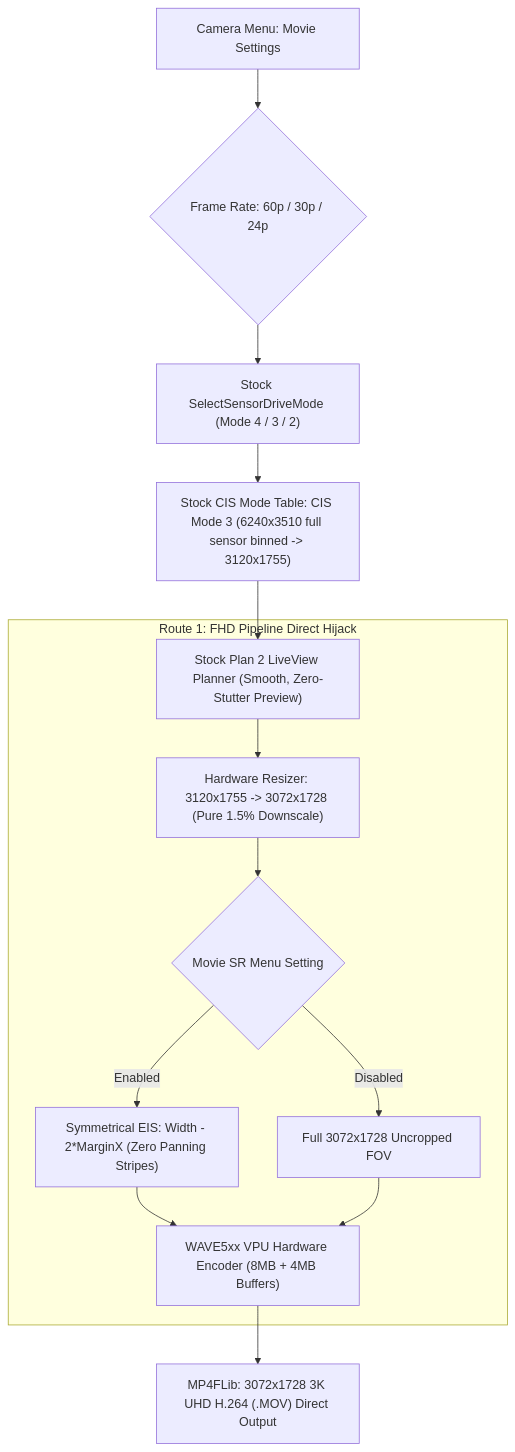
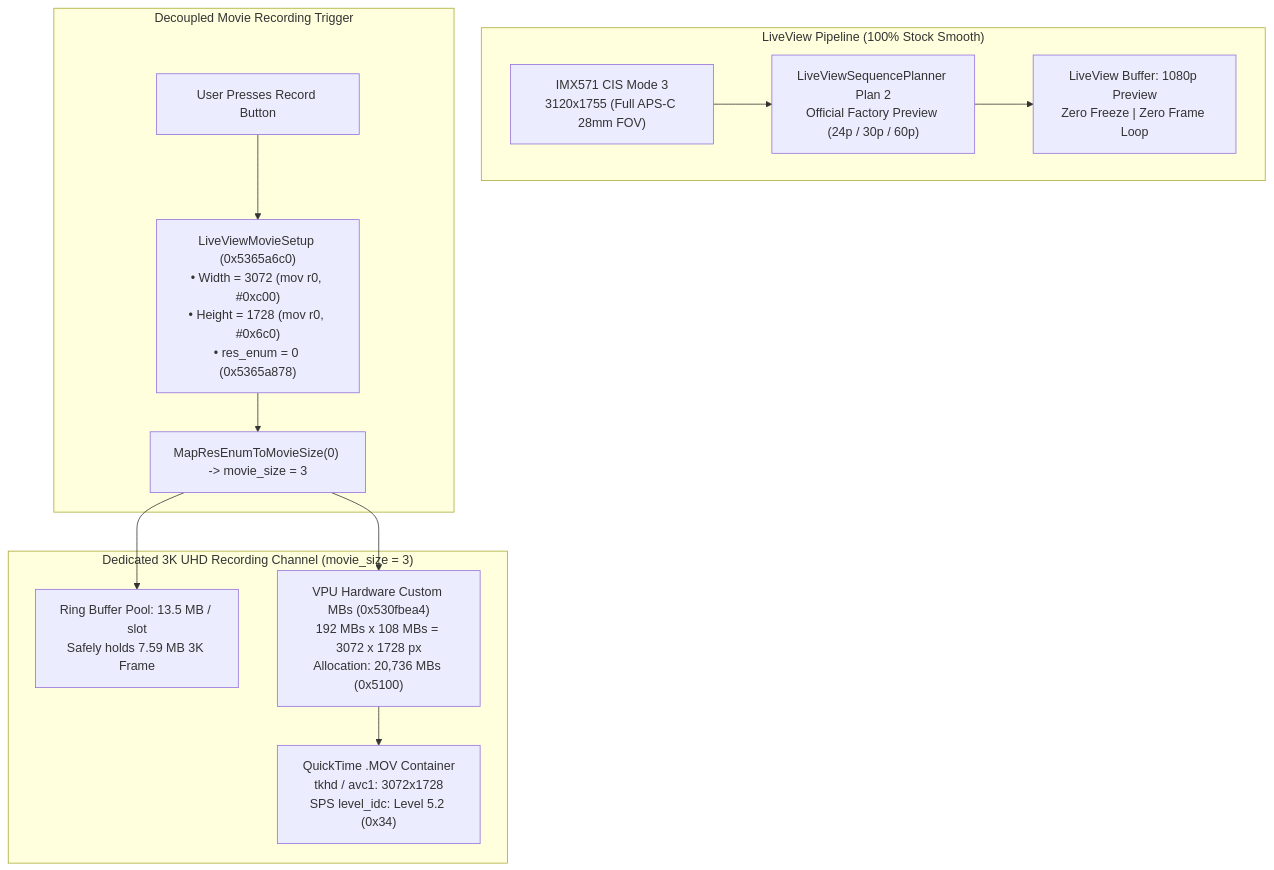
Before and after one commit to cqkking/ricoh-gr4-4k-mod: the diagram in README.md, drawn with Mermaid. The commit also changed other lines of this file and 2 other files, not shown here.

````diff
--- a/README.md
+++ b/README.md
@@ -67,18 +39,25 @@
 ```mermaid
 flowchart TD
-    Menu["Camera Menu: Movie Settings"] --> Rate{"Frame Rate: 60p / 30p / 24p"}
-    Rate --> Drive["Stock SelectSensorDriveMode (Mode 4 / 3 / 2)"]
-    Drive --> CIS["Stock CIS Mode Table: CIS Mode 3 (6240x3510 full sensor binned -> 3120x1755)"]
-    CIS --> Plan2["Stock Plan 2 LiveView Planner (Smooth, Zero-Stutter Preview)"]
-    
-    subgraph HIJACK["Route 1: FHD Pipeline Direct Hijack"]
-        Plan2 --> Resizer["Hardware Resizer: 3120x1755 -> 3072x1728 (Pure 1.5% Downscale)"]
-        Resizer --> SR{"Movie SR Menu Setting"}
-        SR -->|Enabled| SymmSR["Symmetrical EIS: Width - 2*MarginX (Zero Panning Stripes)"]
-        SR -->|Disabled| Full3K["Full 3072x1728 Uncropped FOV"]
-        SymmSR --> VPU["WAVE5xx VPU Hardware Encoder (8MB + 4MB Buffers)"]
-        Full3K --> VPU
+    subgraph LiveView ["LiveView Pipeline (100% Stock Smooth)"]
+        CIS3["IMX571 CIS Mode 3<br/>3120x1755 (Full APS-C 28mm FOV)"]
+        Plan2["LiveViewSequencePlanner Plan 2<br/>Official Factory Preview (24p / 30p / 60p)"]
+        LVBuf["LiveView Buffer: 1080p Preview<br/>Zero Freeze | Zero Frame Loop"]
+        CIS3 --> Plan2 --> LVBuf
     end
 
-    VPU --> MOV["MP4FLib: 3072x1728 3K UHD H.264 (.MOV) Direct Output"]
+    subgraph MovieSetup ["Decoupled Movie Recording Trigger"]
+        Trigger["User Presses Record Button"]
+        Param["LiveViewMovieSetup (0x5365a6c0)<br/>• Width = 3072 (mov r0, #0xc00)<br/>• Height = 1728 (mov r0, #0x6c0)<br/>• res_enum = 0 (0x5365a878)"]
+        Map["MapResEnumToMovieSize(0) -> movie_size = 3"]
+        Trigger --> Param --> Map
+    end
+
+    subgraph DedicatedVPU ["Dedicated 3K UHD Recording Channel (movie_size = 3)"]
+        MemPool["Ring Buffer Pool: 13.5 MB / slot<br/>Safely holds 7.59 MB 3K Frame"]
+        VPUPreset["VPU Hardware Custom MBs (0x530fbea4)<br/>192 MBs x 108 MBs = 3072 x 1728 px<br/>Allocation: 20,736 MBs (0x5100)"]
+        MOVStream["QuickTime .MOV Container<br/>tkhd / avc1: 3072x1728<br/>SPS level_idc: Level 5.2 (0x34)"]
+        Map --> MemPool
+        Map --> VPUPreset
+        VPUPreset --> MOVStream
+    end
 ```
````
